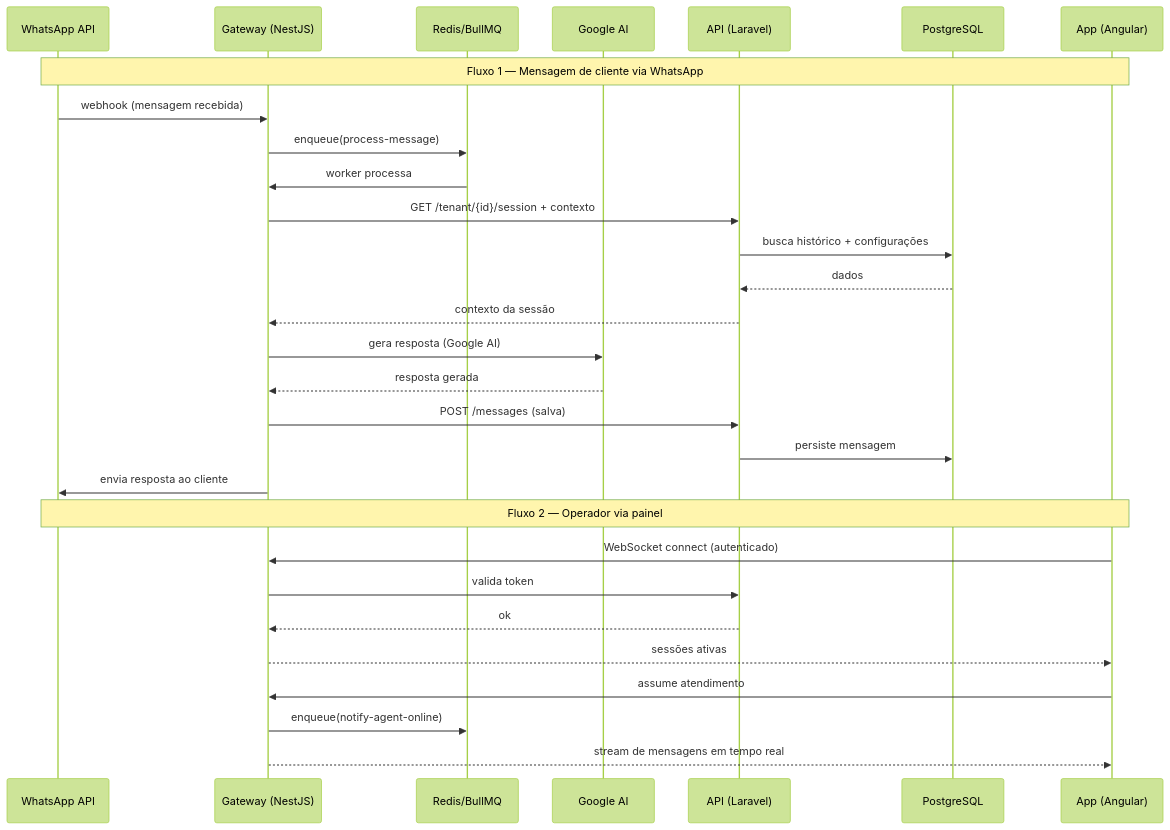
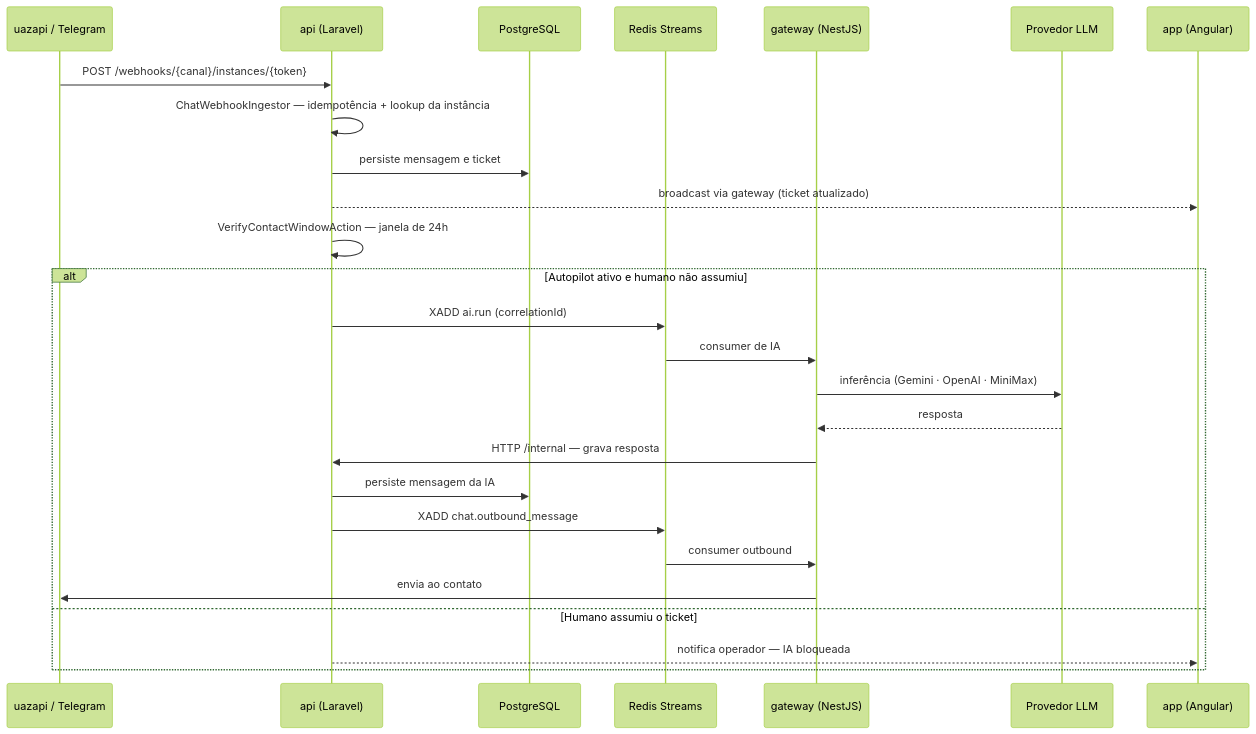
Before and after one commit to agentflix/interazap: the first of 3 diagrams in .context/ARCHITECTURE/user-flow.md, drawn with Mermaid (forest theme). The commit also changed other lines of this file and 402 other files, not shown here.

````diff
--- a/.context/ARCHITECTURE/user-flow.md
+++ b/.context/ARCHITECTURE/user-flow.md
@@ -5,35 +7,29 @@
 ```mermaid
 sequenceDiagram
-    participant WA as WhatsApp API
-    participant GW as Gateway (NestJS)
-    participant Q as Redis/BullMQ
-    participant AI as Google AI
-    participant API as API (Laravel)
+    participant CH as uazapi / Telegram
+    participant API as api (Laravel)
     participant DB as PostgreSQL
-    participant APP as App (Angular)
+    participant R as Redis Streams
+    participant GW as gateway (NestJS)
+    participant LLM as Provedor LLM
+    participant APP as app (Angular)
 
-    Note over WA,APP: Fluxo 1 — Mensagem de cliente via WhatsApp
-
-    WA->>GW: webhook (mensagem recebida)
-    GW->>Q: enqueue(process-message)
-    Q->>GW: worker processa
-    GW->>API: GET /tenant/{id}/session + contexto
-    API->>DB: busca histórico + configurações
-    DB-->>API: dados
-    API-->>GW: contexto da sessão
-    GW->>AI: gera resposta (Google AI)
-    AI-->>GW: resposta gerada
-    GW->>API: POST /messages (salva)
-    API->>DB: persiste mensagem
-    GW->>WA: envia resposta ao cliente
-
-    Note over WA,APP: Fluxo 2 — Operador via painel
-
-    APP->>GW: WebSocket connect (autenticado)
-    GW->>API: valida token
-    API-->>GW: ok
-    GW-->>APP: sessões ativas
-    APP->>GW: assume atendimento
-    GW->>Q: enqueue(notify-agent-online)
-    GW-->>APP: stream de mensagens em tempo real
+    CH->>API: POST /webhooks/{canal}/instances/{token}
+    API->>API: ChatWebhookIngestor — idempotência + lookup da instância
+    API->>DB: persiste mensagem e ticket
+    API-->>APP: broadcast via gateway (ticket atualizado)
+    API->>API: VerifyContactWindowAction — janela de 24h
+    alt Autopilot ativo e humano não assumiu
+        API->>R: XADD ai.run (correlationId)
+        R->>GW: consumer de IA
+        GW->>LLM: inferência (Gemini · OpenAI · MiniMax)
+        LLM-->>GW: resposta
+        GW->>API: HTTP /internal — grava resposta
+        API->>DB: persiste mensagem da IA
+        API->>R: XADD chat.outbound_message
+        R->>GW: consumer outbound
+        GW->>CH: envia ao contato
+    else Humano assumiu o ticket
+        API-->>APP: notifica operador — IA bloqueada
+    end
 ```
````
